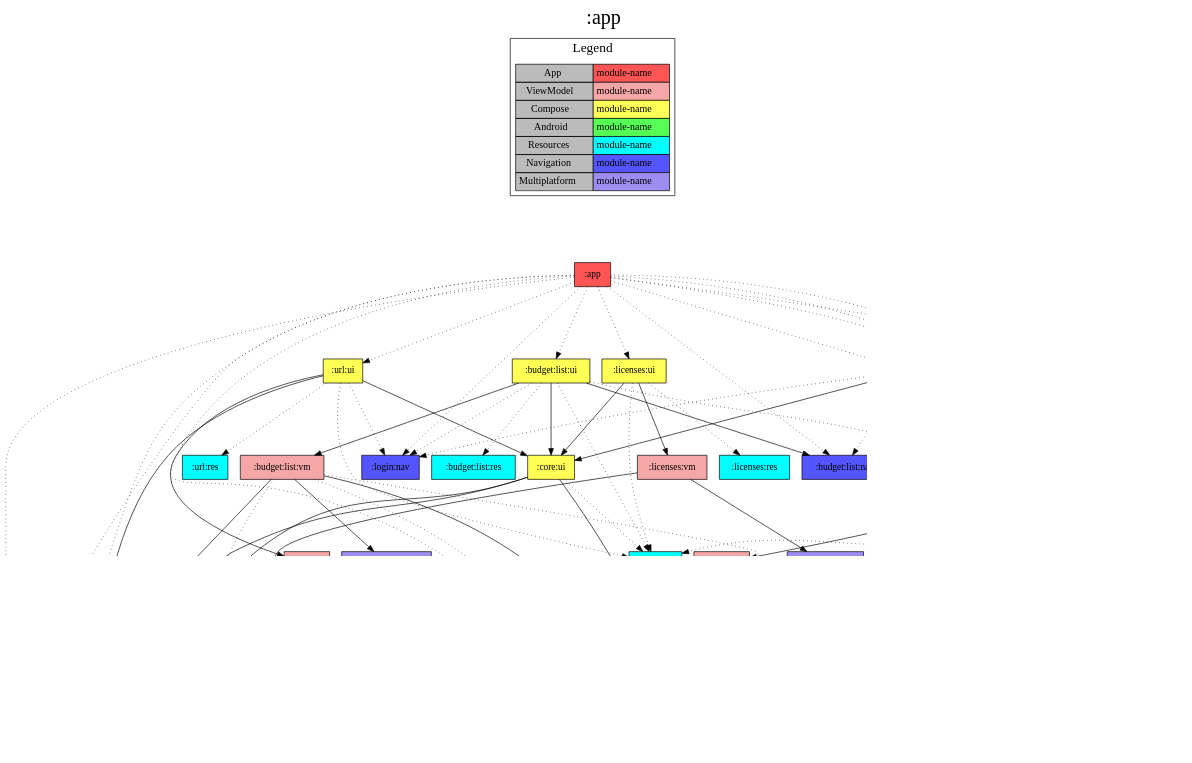
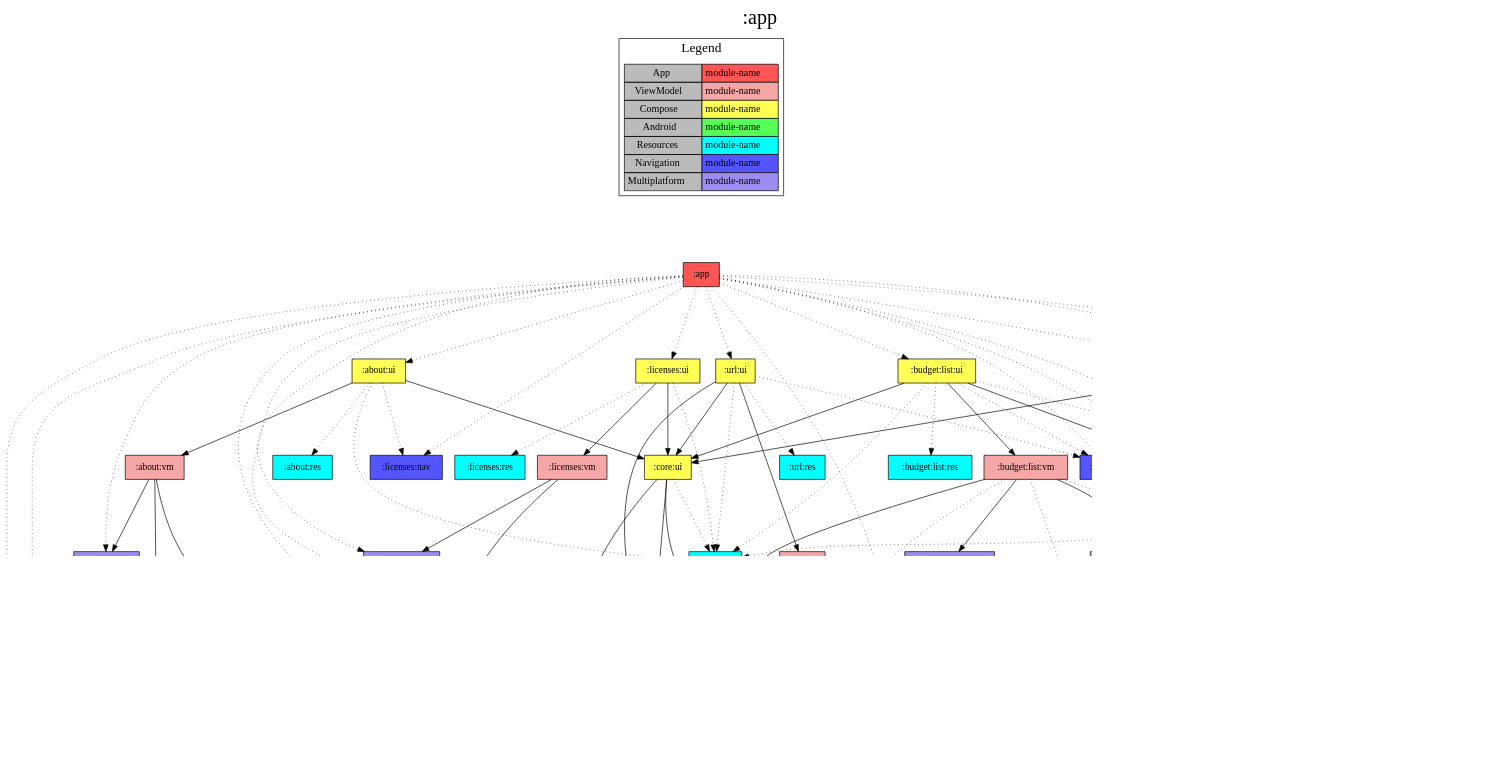
One commit to jonapoul/aktual changed the diagram in app/project-dependency-graph.dot. Above: the diagram before and after it, drawn with Graphviz. The commit also changed 79 other files, not shown here.

```diff
--- a/app/project-dependency-graph.dot
+++ b/app/project-dependency-graph.dot
@@ -1,139 +1,160 @@
 digraph {
 edge ["dir"="forward"]
 graph ["dpi"="100","label"=":app","labelloc"="t","fontsize"="30","ranksep"="1.5","rankdir"="TB"]
 node ["style"="filled"]
 ":app" ["shape"="box","fillcolor"="#FF5555"]
+":about:data" ["fillcolor"="#9D8DF1","shape"="box"]
+":api:github" ["fillcolor"="#9D8DF1","shape"="box"]
+":core:buildconfig" ["fillcolor"="#9D8DF1","shape"="box"]
+":core:coroutines" ["fillcolor"="#9D8DF1","shape"="box"]
+":about:nav" ["fillcolor"="#5555FF","shape"="box"]
+":about:ui" ["fillcolor"="#FFFF55","shape"="box"]
+":about:vm" ["fillcolor"="#F5A6A6","shape"="box"]
+":core:log" ["fillcolor"="#9D8DF1","shape"="box"]
+":core:ui" ["fillcolor"="#FFFF55","shape"="box"]
+":core:colorscheme" ["fillcolor"="#9D8DF1","shape"="box"]
+":core:versions" ["fillcolor"="#9D8DF1","shape"="box"]
+":url:model" ["fillcolor"="#9D8DF1","shape"="box"]
+":core:res" ["fillcolor"="#00FFFF","shape"="box"]
+":about:res" ["fillcolor"="#00FFFF","shape"="box"]
+":licenses:nav" ["fillcolor"="#5555FF","shape"="box"]
+":api:core" ["fillcolor"="#9D8DF1","shape"="box"]
 ":budget:list:nav" ["fillcolor"="#5555FF","shape"="box"]
 ":budget:list:ui" ["fillcolor"="#FFFF55","shape"="box"]
 ":budget:list:vm" ["fillcolor"="#F5A6A6","shape"="box"]
-":core:colorscheme" ["fillcolor"="#9D8DF1","shape"="box"]
 ":core:connection" ["fillcolor"="#9D8DF1","shape"="box"]
-":core:buildconfig" ["fillcolor"="#9D8DF1","shape"="box"]
 ":api:actual" ["fillcolor"="#9D8DF1","shape"="box"]
 ":login:model" ["fillcolor"="#9D8DF1","shape"="box"]
-":url:model" ["fillcolor"="#9D8DF1","shape"="box"]
-":api:core" ["fillcolor"="#9D8DF1","shape"="box"]
-":core:log" ["fillcolor"="#9D8DF1","shape"="box"]
-":core:coroutines" ["fillcolor"="#9D8DF1","shape"="box"]
-":core:versions" ["fillcolor"="#9D8DF1","shape"="box"]
 ":url:prefs" ["fillcolor"="#9D8DF1","shape"="box"]
 ":login:prefs" ["fillcolor"="#9D8DF1","shape"="box"]
-":core:ui" ["fillcolor"="#FFFF55","shape"="box"]
-":core:res" ["fillcolor"="#00FFFF","shape"="box"]
 ":budget:list:res" ["fillcolor"="#00FFFF","shape"="box"]
 ":login:nav" ["fillcolor"="#5555FF","shape"="box"]
 ":url:nav" ["fillcolor"="#5555FF","shape"="box"]
 ":licenses:data" ["fillcolor"="#9D8DF1","shape"="box"]
-":licenses:nav" ["fillcolor"="#5555FF","shape"="box"]
 ":licenses:ui" ["fillcolor"="#FFFF55","shape"="box"]
 ":licenses:vm" ["fillcolor"="#F5A6A6","shape"="box"]
 ":licenses:res" ["fillcolor"="#00FFFF","shape"="box"]
 ":login:ui" ["fillcolor"="#FFFF55","shape"="box"]
 ":login:vm" ["fillcolor"="#F5A6A6","shape"="box"]
 ":login:res" ["fillcolor"="#00FFFF","shape"="box"]
 ":url:ui" ["fillcolor"="#FFFF55","shape"="box"]
 ":url:vm" ["fillcolor"="#F5A6A6","shape"="box"]
 ":url:res" ["fillcolor"="#00FFFF","shape"="box"]
 {
 edge ["dir"="none"]
 graph ["rank"="same"]
 ":app"
 }
+":app" -> ":about:data" ["style"="dotted"]
+":app" -> ":about:nav" ["style"="dotted"]
+":app" -> ":about:ui" ["style"="dotted"]
+":app" -> ":api:core" ["style"="dotted"]
 ":app" -> ":budget:list:nav" ["style"="dotted"]
 ":app" -> ":budget:list:ui" ["style"="dotted"]
 ":app" -> ":core:buildconfig" ["style"="dotted"]
 ":app" -> ":core:colorscheme" ["style"="dotted"]
 ":app" -> ":core:coroutines" ["style"="dotted"]
 ":app" -> ":core:log" ["style"="dotted"]
 ":app" -> ":licenses:data" ["style"="dotted"]
 ":app" -> ":licenses:nav" ["style"="dotted"]
 ":app" -> ":licenses:ui" ["style"="dotted"]
 ":app" -> ":login:nav" ["style"="dotted"]
 ":app" -> ":login:ui" ["style"="dotted"]
+":app" -> ":url:nav" ["style"="dotted"]
 ":app" -> ":url:prefs" ["style"="dotted"]
-":app" -> ":url:nav" ["style"="dotted"]
 ":app" -> ":url:ui" ["style"="dotted"]
+":about:data" -> ":api:github"
+":about:data" -> ":core:buildconfig"
+":about:data" -> ":core:coroutines"
+":about:ui" -> ":about:vm"
+":about:ui" -> ":core:ui"
+":about:ui" -> ":about:res" ["style"="dotted"]
+":about:ui" -> ":core:res" ["style"="dotted"]
+":about:ui" -> ":licenses:nav" ["style"="dotted"]
+":about:vm" -> ":about:data"
+":about:vm" -> ":core:buildconfig"
+":about:vm" -> ":core:log"
+":core:ui" -> ":core:colorscheme"
+":core:ui" -> ":core:versions"
+":core:ui" -> ":url:model"
+":core:ui" -> ":core:res" ["style"="dotted"]
+":core:versions" -> ":core:buildconfig"
+":api:core" -> ":core:log"
+":api:core" -> ":url:model"
 ":budget:list:ui" -> ":budget:list:nav"
 ":budget:list:ui" -> ":budget:list:vm"
 ":budget:list:ui" -> ":core:ui"
 ":budget:list:ui" -> ":budget:list:res" ["style"="dotted"]
 ":budget:list:ui" -> ":core:res" ["style"="dotted"]
 ":budget:list:ui" -> ":login:nav" ["style"="dotted"]
 ":budget:list:ui" -> ":url:nav" ["style"="dotted"]
 ":budget:list:vm" -> ":core:colorscheme"
 ":budget:list:vm" -> ":core:connection"
 ":budget:list:vm" -> ":url:model"
 ":budget:list:vm" -> ":core:versions" ["style"="dotted"]
 ":budget:list:vm" -> ":login:prefs" ["style"="dotted"]
 ":budget:list:vm" -> ":url:prefs" ["style"="dotted"]
 ":core:connection" -> ":core:buildconfig"
 ":core:connection" -> ":api:actual" ["style"="dotted"]
 ":core:connection" -> ":api:core" ["style"="dotted"]
 ":core:connection" -> ":core:coroutines" ["style"="dotted"]
 ":core:connection" -> ":core:log" ["style"="dotted"]
 ":core:connection" -> ":core:versions" ["style"="dotted"]
 ":core:connection" -> ":url:model" ["style"="dotted"]
 ":core:connection" -> ":url:prefs" ["style"="dotted"]
 ":api:actual" -> ":login:model"
 ":api:actual" -> ":url:model"
-":api:core" -> ":core:log"
-":api:core" -> ":url:model"
-":core:versions" -> ":core:buildconfig"
 ":url:prefs" -> ":url:model"
 ":login:prefs" -> ":login:model"
-":core:ui" -> ":core:colorscheme"
-":core:ui" -> ":core:versions"
-":core:ui" -> ":url:model"
-":core:ui" -> ":core:res" ["style"="dotted"]
 ":licenses:data" -> ":core:coroutines" ["style"="dotted"]
 ":licenses:ui" -> ":core:ui"
 ":licenses:ui" -> ":licenses:vm"
 ":licenses:ui" -> ":core:res" ["style"="dotted"]
 ":licenses:ui" -> ":licenses:res" ["style"="dotted"]
 ":licenses:vm" -> ":core:log"
 ":licenses:vm" -> ":licenses:data"
 ":login:ui" -> ":core:ui"
 ":login:ui" -> ":login:vm"
 ":login:ui" -> ":budget:list:nav" ["style"="dotted"]
 ":login:ui" -> ":core:res" ["style"="dotted"]
 ":login:ui" -> ":login:nav" ["style"="dotted"]
 ":login:ui" -> ":login:res" ["style"="dotted"]
 ":login:ui" -> ":url:nav" ["style"="dotted"]
 ":login:vm" -> ":core:colorscheme"
 ":login:vm" -> ":core:coroutines"
 ":login:vm" -> ":core:log"
 ":login:vm" -> ":login:model"
 ":login:vm" -> ":url:model"
 ":login:vm" -> ":api:actual" ["style"="dotted"]
 ":login:vm" -> ":core:versions" ["style"="dotted"]
 ":login:vm" -> ":login:prefs" ["style"="dotted"]
 ":login:vm" -> ":url:prefs" ["style"="dotted"]
 ":url:ui" -> ":core:colorscheme"
 ":url:ui" -> ":core:ui"
 ":url:ui" -> ":url:vm"
 ":url:ui" -> ":core:res" ["style"="dotted"]
 ":url:ui" -> ":login:nav" ["style"="dotted"]
 ":url:ui" -> ":url:res" ["style"="dotted"]
 ":url:vm" -> ":core:colorscheme"
 ":url:vm" -> ":core:coroutines"
 ":url:vm" -> ":core:log"
 ":url:vm" -> ":url:model"
 ":url:vm" -> ":api:actual" ["style"="dotted"]
 ":url:vm" -> ":core:versions" ["style"="dotted"]
 ":url:vm" -> ":url:prefs" ["style"="dotted"]
 subgraph "cluster_legend" {
 edge ["dir"="none"]
 graph ["label"="Legend","fontsize"="20"]
 "Legend" ["style"="filled","fillcolor"="#bbbbbb","shape"="none","margin"="0","fontsize"="15","label"=<
 <TABLE BORDER="0" CELLBORDER="1" CELLSPACING="0" CELLPADDING="4">
 <TR><TD>App</TD><TD BGCOLOR="#FF5555">module-name</TD></TR>
 <TR><TD>ViewModel</TD><TD BGCOLOR="#F5A6A6">module-name</TD></TR>
 <TR><TD>Compose</TD><TD BGCOLOR="#FFFF55">module-name</TD></TR>
 <TR><TD>Android</TD><TD BGCOLOR="#55FF55">module-name</TD></TR>
 <TR><TD>Resources</TD><TD BGCOLOR="#00FFFF">module-name</TD></TR>
 <TR><TD>Navigation</TD><TD BGCOLOR="#5555FF">module-name</TD></TR>
 <TR><TD>Multiplatform</TD><TD BGCOLOR="#9D8DF1">module-name</TD></TR>
 </TABLE>
 >]
 } -> ":app" ["style"="invis"]
 }
```
